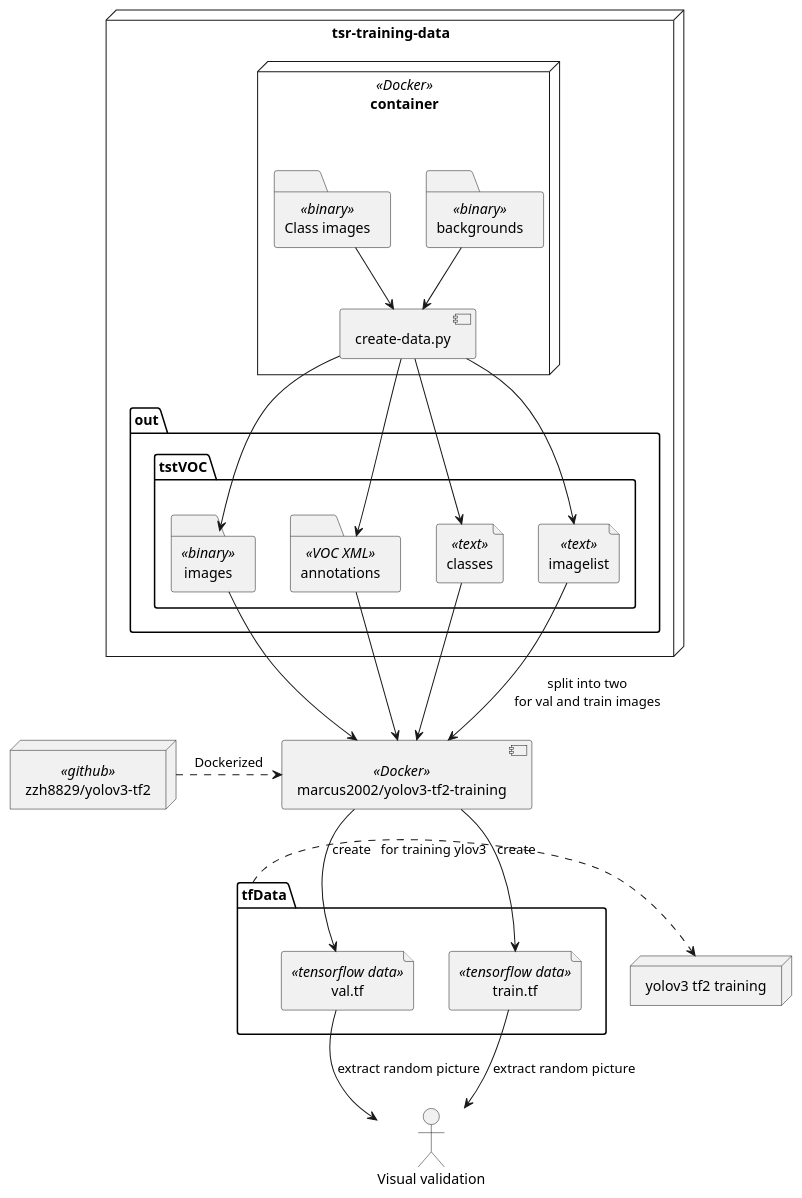
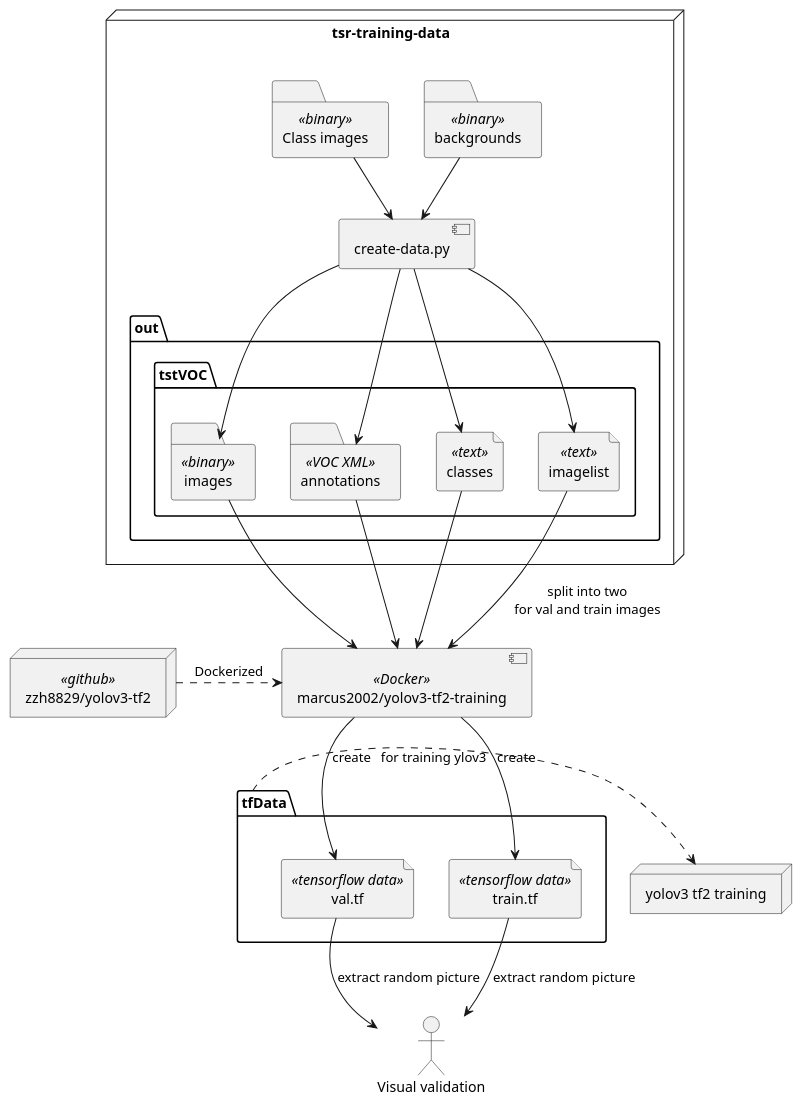
One commit to jarjuk/tsr-training-data changed the diagram in README.org. Above: the diagram before and after it, drawn with PlantUML. The commit also changed 1 other file, not shown here.

Commit message:
not yet dockerize

```diff
--- a/README.org
+++ b/README.org
@@ -35,70 +35,68 @@
 #+BEGIN_SRC plantuml :eval no-export :exports results :file pics/architecture.jpg
   node  "zzh8829/yolov3-tf2" as YoloV3Tf2 <<github>> { 
 
   }
 
   node  "tsr-training-data" as TsrTrainingData {
 
-      node container <<Docker>> {
 
         folder backgrounds <<binary>>
 
 
          folder "Class images" as classimages <<binary>>
 
          component "create-data.py" as createTrainingData
 
 
-      }
 
 
       folder out {
 
          folder tstVOC {
                 folder images <<binary>>
                 folder annotations <<VOC XML>>
                 file classes <<text>>
                 file imagelist <<text>>
          }
       }
 
       classimages --> createTrainingData
       backgrounds --> createTrainingData
 
 
       createTrainingData --> images 
       createTrainingData --> annotations
       createTrainingData --> classes
       createTrainingData --> imagelist
 
   }
 
 
   component  "marcus2002/yolov3-tf2-training" as Marcus2002 <<Docker>>
 
   YoloV3Tf2 .> Marcus2002 : Dockerized
 
       images --> Marcus2002
       annotations --> Marcus2002
       classes --> Marcus2002
       imagelist --> Marcus2002 : split into two\nfor val and train images
 
 
   folder tfData {
 
      file val.tf <<tensorflow data>>
     file train.tf  <<tensorflow data>>
   }
 
   Marcus2002 --> val.tf : create
   Marcus2002 --> train.tf : create
 
   actor "Visual validation" as jpgval
   val.tf --> jpgval : extract random picture
   train.tf --> jpgval : extract random picture
 
   node  "yolov3 tf2 training" as Marcus2002.2
   tfData .> Marcus2002.2 : for training ylov3
 
 
   #+END_SRC
```
